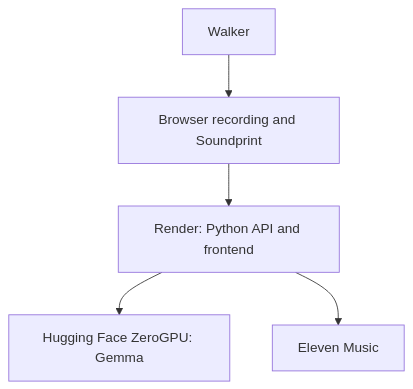
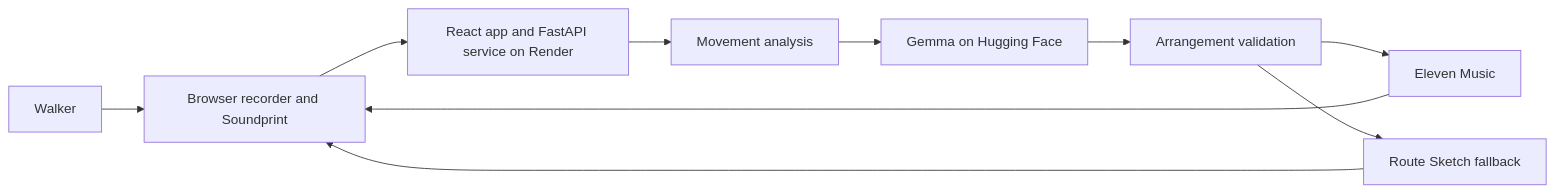
Before and after one commit to kernelKain/footwork: the diagram in Docs/architecture.md, drawn with Mermaid. The commit also changed other lines of this file and 17 other files, not shown here.

````diff
--- a/Docs/architecture.md
+++ b/Docs/architecture.md
@@ -9,12 +7,12 @@
 ```mermaid
-flowchart TD
-    U["Walker"]
-    B["Browser recording and Soundprint"]
-    R["Render: Python API and frontend"]
-    H["Hugging Face ZeroGPU: Gemma"]
-    E["Eleven Music"]
-    U --> B
-    B --> R
-    R --> H
-    R --> E
+flowchart LR
+    U[Walker] --> B[Browser recorder and Soundprint]
+    B --> A[React app and FastAPI service on Render]
+    A --> M[Movement analysis]
+    M --> G[Gemma on Hugging Face]
+    G --> V[Arrangement validation]
+    V --> E[Eleven Music]
+    V --> S[Route Sketch fallback]
+    E --> B
+    S --> B
 ```
````
